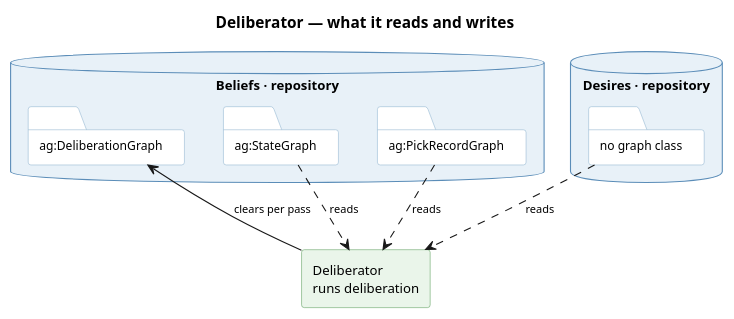
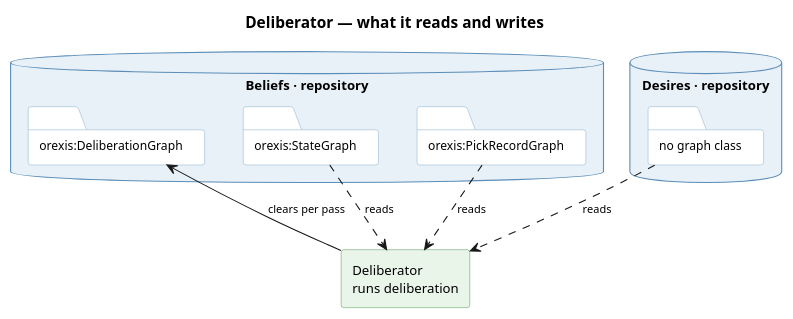
Before and after one commit to ShishkinDmitriy/orexis: the diagram in knowledge/diagrams/service-deliberator.puml, drawn with PlantUML. The commit also changed 296 other files, not shown here.

```diff
--- a/knowledge/diagrams/service-deliberator.puml
+++ b/knowledge/diagrams/service-deliberator.puml
@@ -1,42 +1,42 @@
 @startuml service-deliberator
 title Deliberator — what it reads and writes
 
 skinparam componentStyle rectangle
 skinparam shadowing false
 skinparam defaultFontSize 12
 skinparam titleFontSize 14
 skinparam ArrowFontSize 10
 skinparam database {
   BackgroundColor #E8F1F8
   BorderColor #5B8DB8
 }
 skinparam folder {
   BackgroundColor #FFFFFF
   BorderColor #8FB4D0
   FontSize 11
 }
 skinparam component {
   BackgroundColor #EAF5EA
   BorderColor #5E9E5E
 }
 
 
 database "Beliefs · repository" as BEL {
-  folder "ag:StateGraph" as S
-  folder "ag:PickRecordGraph" as P
-  folder "ag:DeliberationGraph" as D
+  folder "orexis:StateGraph" as S
+  folder "orexis:PickRecordGraph" as P
+  folder "orexis:DeliberationGraph" as D
 }
 
 database "Desires · repository" as DES {
   folder "no graph class" as X
 }
 
 component "Deliberator\nruns deliberation" as DEL
 
 
 S ..> DEL : reads
 P ..> DEL : reads
 X ..> DEL : reads
 DEL --> D : clears per pass
 
 @enduml
```
